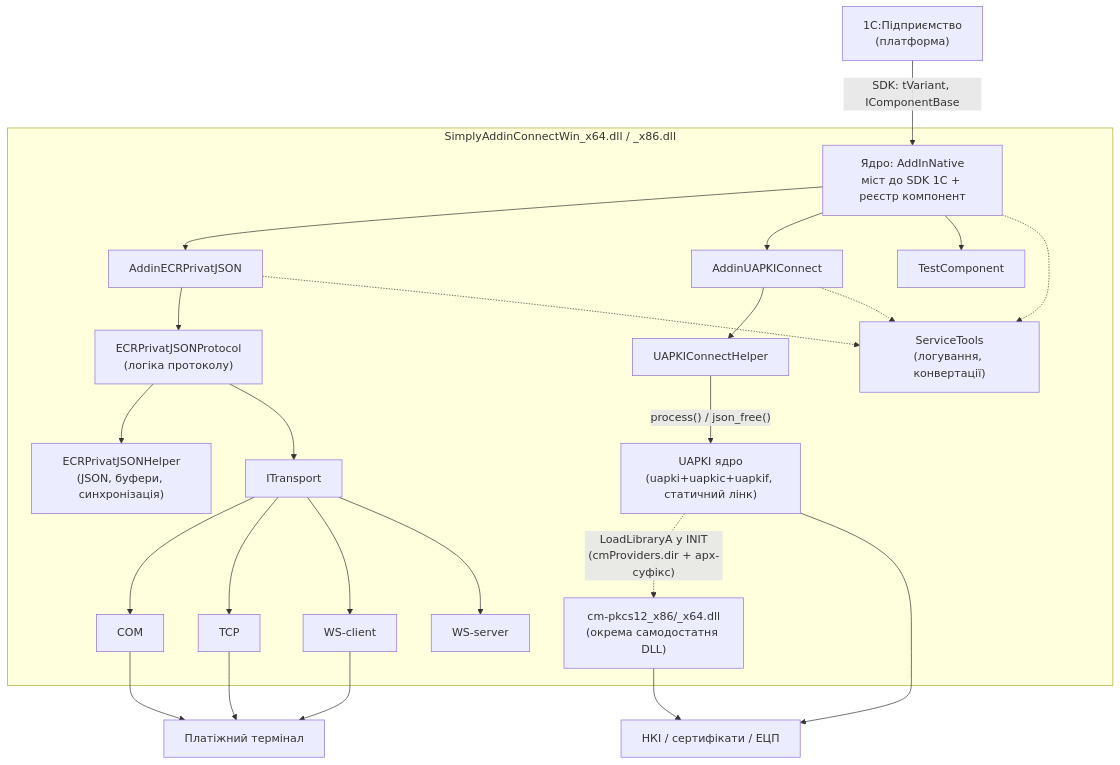
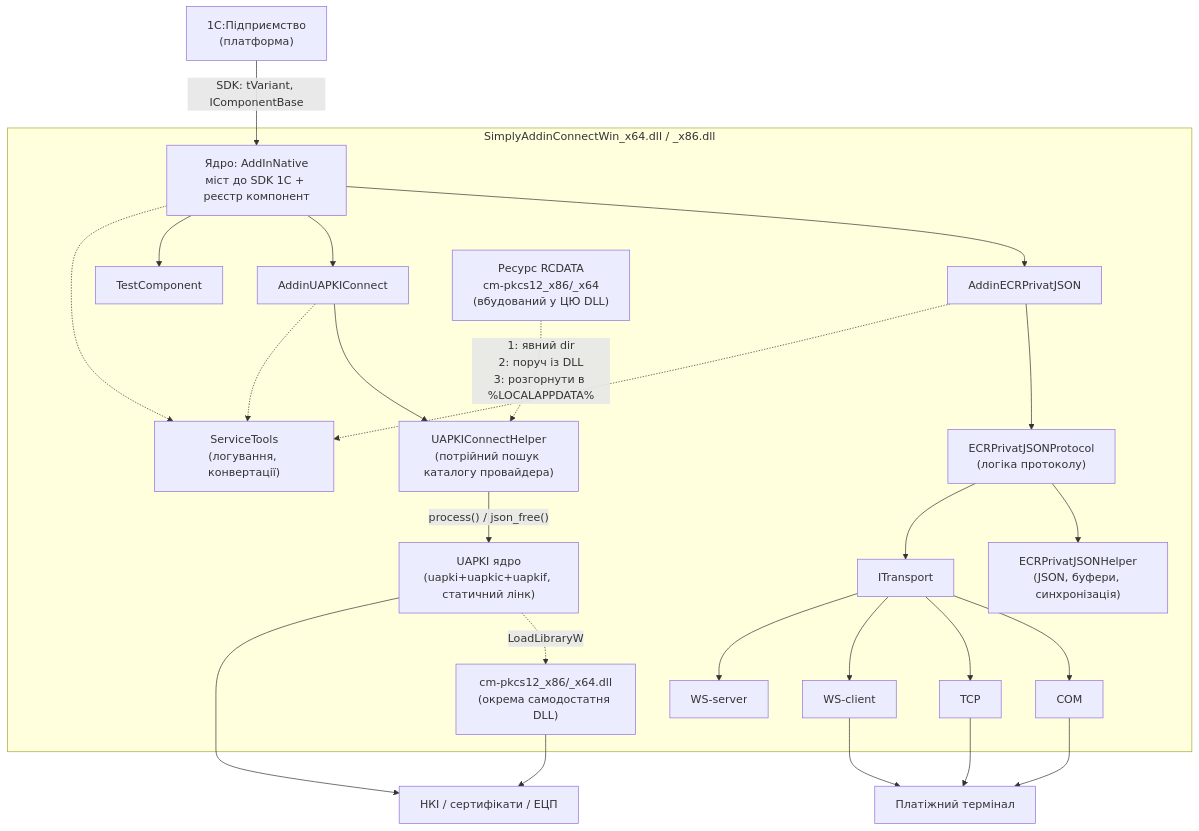
One commit to VSydorenko/SimplyAddinConnect changed the diagram in docs/ARCHITECTURE.md. Above: the diagram before and after it, drawn with Mermaid. The commit also changed other lines of this file and 3 other files, not shown here.

````diff
--- a/docs/ARCHITECTURE.md
+++ b/docs/ARCHITECTURE.md
@@ -20,30 +20,31 @@
 ```mermaid
 flowchart TD
     A["1С:Підприємство<br/>(платформа)"] -->|"SDK: tVariant, IComponentBase"| B
 
     subgraph DLL["SimplyAddinConnectWin_x64.dll / _x86.dll"]
         B["Ядро: AddInNative<br/>міст до SDK 1С + реєстр компонент"]
         B --> C1["AddinECRPrivatJSON"]
         B --> C2["AddinUAPKIConnect"]
         B --> C3["TestComponent"]
 
         C1 --> P["ECRPrivatJSONProtocol<br/>(логіка протоколу)"]
         P --> H1["ECRPrivatJSONHelper<br/>(JSON, буфери, синхронізація)"]
         P --> T["ITransport"]
         T --> T1["COM"] & T2["TCP"] & T3["WS-client"] & T4["WS-server"]
 
-        C2 --> H2["UAPKIConnectHelper"]
+        C2 --> H2["UAPKIConnectHelper<br/>(потрійний пошук каталогу провайдера)"]
         H2 -->|"process() / json_free()"| U["UAPKI ядро<br/>(uapki+uapkic+uapkif, статичний лінк)"]
-        U -.->|"LoadLibraryA у INIT<br/>(cmProviders.dir + арх-суфікс)"| CM["cm-pkcs12_x86/_x64.dll<br/>(окрема самодостатня DLL)"]
+        R["Ресурс RCDATA<br/>cm-pkcs12_x86/_x64<br/>(вбудований у ЦЮ DLL)"] -.->|"1: явний dir<br/>2: поруч із DLL<br/>3: розгорнути в %LOCALAPPDATA%"| H2
+        U -.->|"LoadLibraryW"| CM["cm-pkcs12_x86/_x64.dll<br/>(окрема самодостатня DLL)"]
 
         B -.-> S["ServiceTools<br/>(логування, конвертації)"]
         C1 -.-> S
         C2 -.-> S
     end
 
     T1 --> D1["Платіжний термінал"]
     T2 --> D1
     T3 --> D1
     U --> D2["НКІ / сертифікати / ЕЦП"]
     CM --> D2
 ```
````
